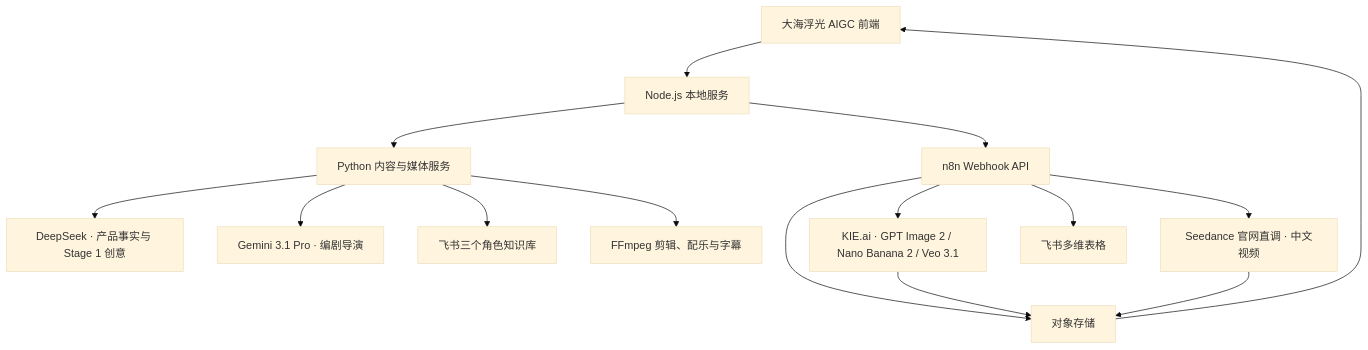
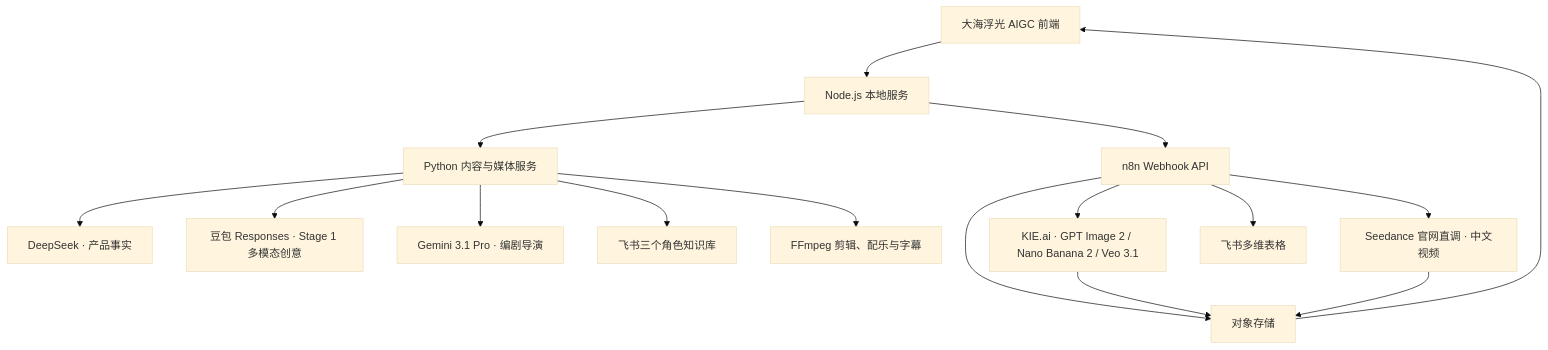
One commit to luoxiaohe0529-creator/ocean-glimmer-aigc changed the diagram in docs/ARCHITECTURE.md. Above: the diagram before and after it, drawn with Mermaid (base theme). The commit also changed other lines of this file and 11 other files, not shown here.

Commit message:
Use Doubao Responses for Stage 1

````diff
--- a/docs/ARCHITECTURE.md
+++ b/docs/ARCHITECTURE.md
@@ -9,17 +9,18 @@
 ```mermaid
 flowchart TB
   UI["大海浮光 AIGC 前端"] --> SERVER["Node.js 本地服务"]
   SERVER --> PYTHON["Python 内容与媒体服务"]
   SERVER --> N8N["n8n Webhook API"]
-  PYTHON --> DEEPSEEK["DeepSeek · 产品事实与 Stage 1 创意"]
+  PYTHON --> DEEPSEEK["DeepSeek · 产品事实"]
+  PYTHON --> DOUBAO["豆包 Responses · Stage 1 多模态创意"]
   PYTHON --> GEMINI["Gemini 3.1 Pro · 编剧导演"]
   PYTHON --> KNOWLEDGE["飞书三个角色知识库"]
   PYTHON --> FFMPEG["FFmpeg 剪辑、配乐与字幕"]
   N8N --> KIE["KIE.ai · GPT Image 2 / Nano Banana 2 / Veo 3.1"]
   N8N --> VIDEO["Seedance 官网直调 · 中文视频"]
   N8N --> FEISHU["飞书多维表格"]
   N8N --> STORAGE["对象存储"]
   KIE --> STORAGE
   VIDEO --> STORAGE
   STORAGE --> UI
 ```
````
